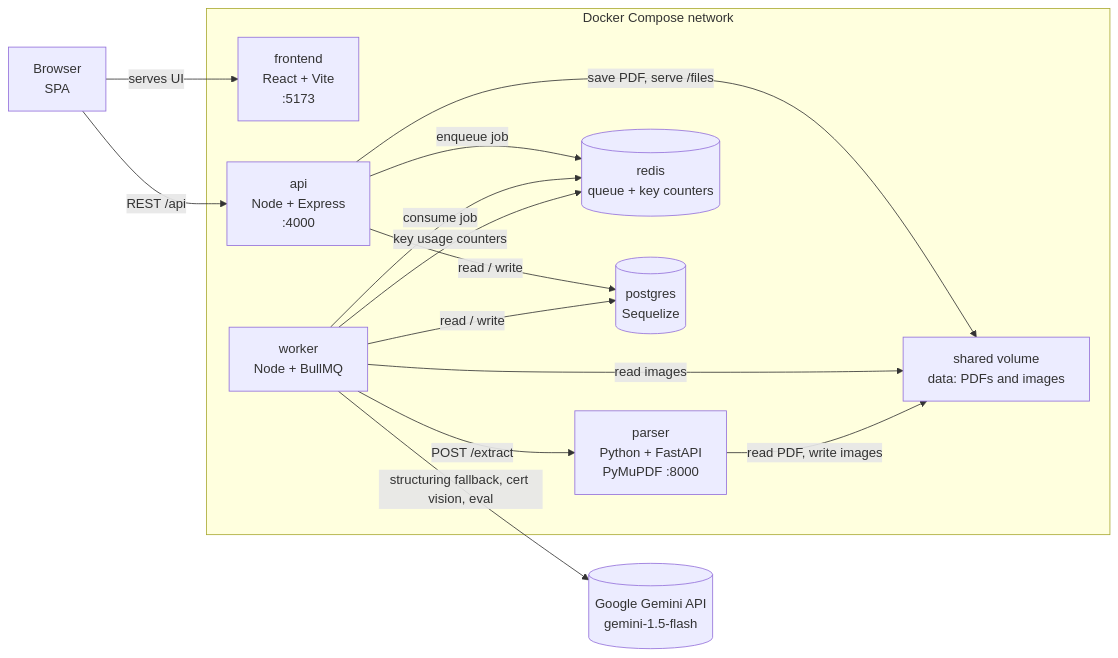
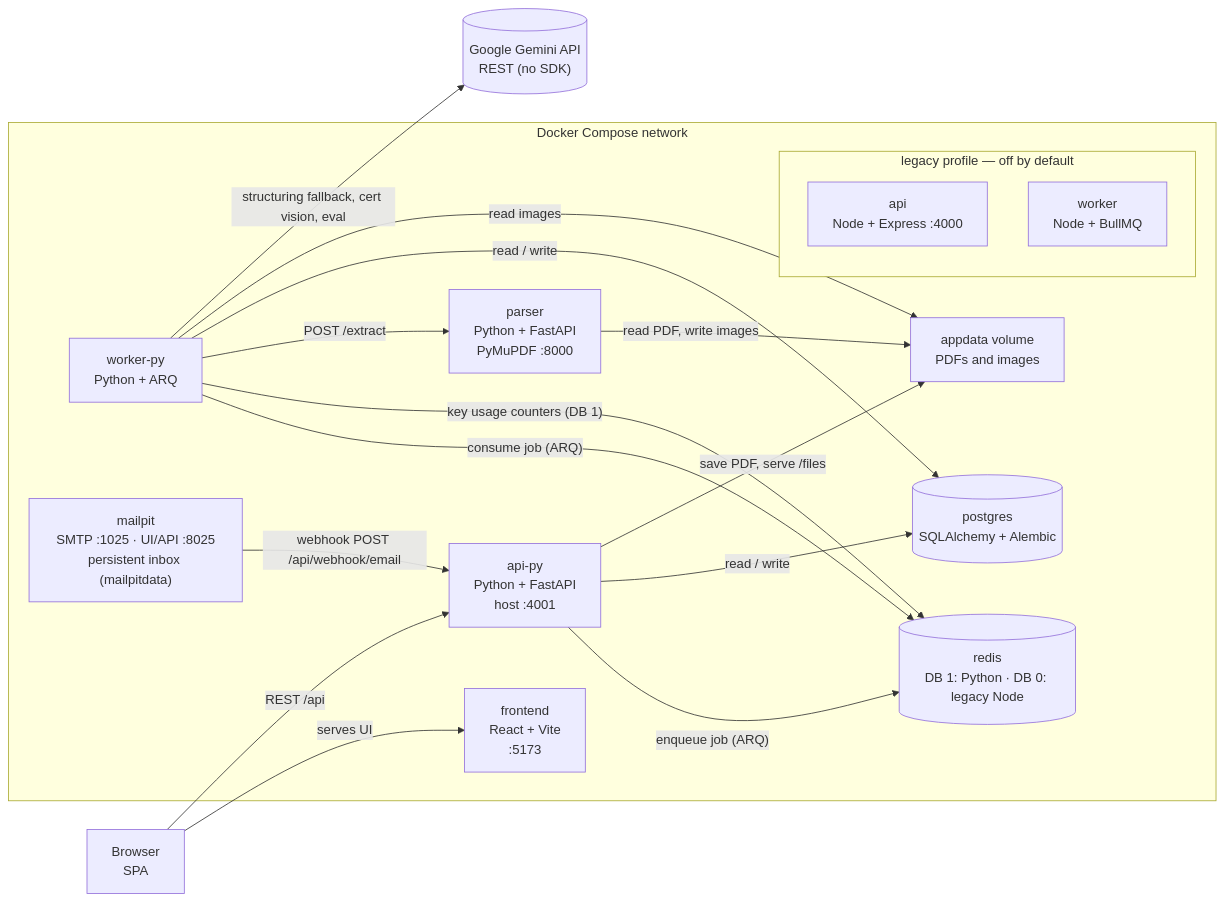
The first of 6 diagrams in docs/ARCHITECTURE.md (Lalit-001/ats-scorer), drawn with Mermaid before and after one commit. The commit also changed other lines of this file and 2 other files, not shown here.

````diff
--- a/docs/ARCHITECTURE.md
+++ b/docs/ARCHITECTURE.md
@@ -18,32 +29,39 @@
 ```mermaid
 flowchart LR
   B["Browser<br/>SPA"]
 
   subgraph compose["Docker Compose network"]
     FE["frontend<br/>React + Vite<br/>:5173"]
-    API["api<br/>Node + Express<br/>:4000"]
-    WK["worker<br/>Node + BullMQ"]
+    API["api-py<br/>Python + FastAPI<br/>host :4001"]
+    WK["worker-py<br/>Python + ARQ"]
     PR["parser<br/>Python + FastAPI<br/>PyMuPDF :8000"]
-    RD[("redis<br/>queue + key counters")]
-    DB[("postgres<br/>Sequelize")]
-    VOL["shared volume<br/>data: PDFs and images"]
+    MP["mailpit<br/>SMTP :1025 · UI/API :8025<br/>persistent inbox (mailpitdata)"]
+    RD[("redis<br/>DB 1: Python · DB 0: legacy Node")]
+    DB[("postgres<br/>SQLAlchemy + Alembic")]
+    VOL["appdata volume<br/>PDFs and images"]
+
+    subgraph legacy["legacy profile — off by default"]
+      LAPI["api<br/>Node + Express :4000"]
+      LWK["worker<br/>Node + BullMQ"]
+    end
   end
 
-  GEM[("Google Gemini API<br/>gemini-1.5-flash")]
+  GEM[("Google Gemini API<br/>REST (no SDK)")]
 
   B -->|"serves UI"| FE
   B -->|"REST /api"| API
 
-  API -->|"enqueue job"| RD
+  API -->|"enqueue job (ARQ)"| RD
   API -->|"read / write"| DB
   API -->|"save PDF, serve /files"| VOL
 
-  WK -->|"consume job"| RD
-  WK -->|"key usage counters"| RD
+  WK -->|"consume job (ARQ)"| RD
+  WK -->|"key usage counters (DB 1)"| RD
   WK -->|"POST /extract"| PR
   WK -->|"read / write"| DB
   WK -->|"read images"| VOL
   WK -->|"structuring fallback, cert vision, eval"| GEM
 
+  MP -->|"webhook POST /api/webhook/email"| API
   PR -->|"read PDF, write images"| VOL
 ```
````
